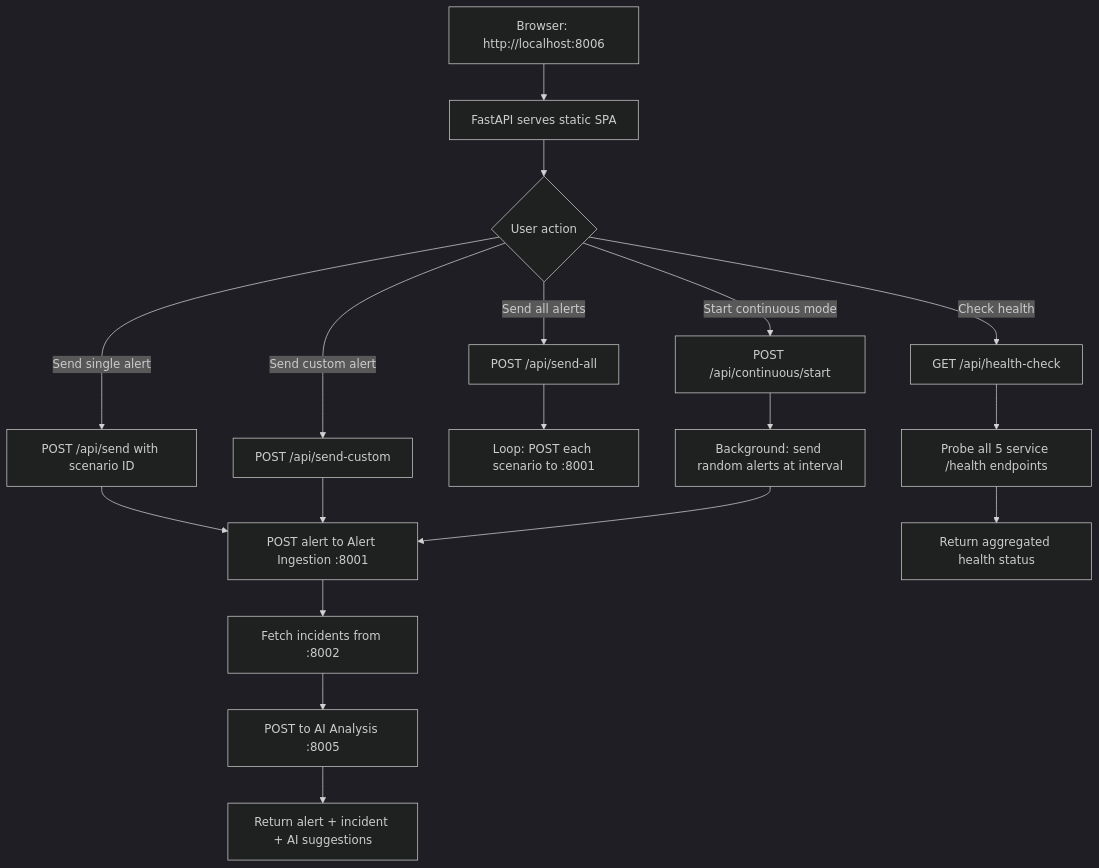
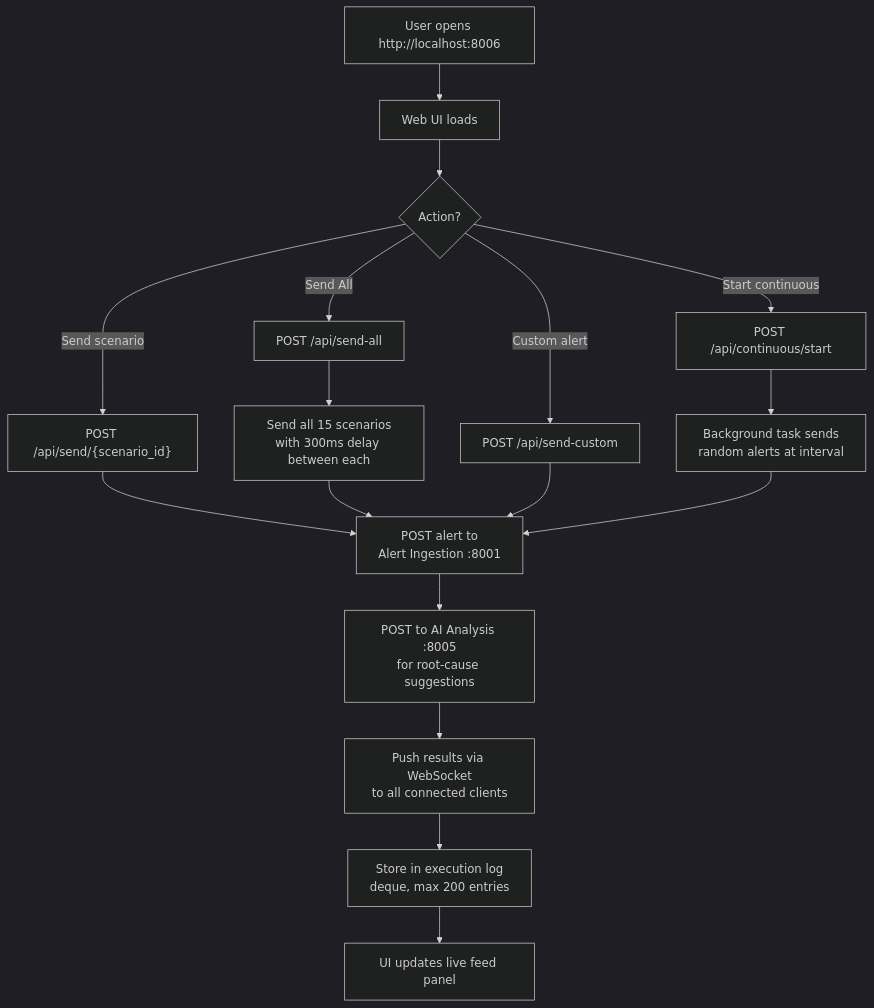
One commit to moboulan/openCode14 changed the diagram in docs/test-runner.md. Above: the diagram before and after it, drawn with Mermaid (dark theme). The commit also changed other lines of this file and 22 other files, not shown here.

````diff
--- a/docs/test-runner.md
+++ b/docs/test-runner.md
@@ -7,24 +7,21 @@
 ```mermaid
 flowchart TD
-    A["Browser: http://localhost:8006"] --> B[FastAPI serves static SPA]
-    B --> C{User action}
-    C -- "Send single alert" --> D[POST /api/send with scenario ID]
-    C -- "Send all alerts" --> E[POST /api/send-all]
-    C -- "Send custom alert" --> F[POST /api/send-custom]
-    C -- "Start continuous mode" --> G[POST /api/continuous/start]
-    C -- "Check health" --> H[GET /api/health-check]
+    A["User opens http://localhost:8006"] --> B[Web UI loads]
+    B --> C{Action?}
+    C -- "Send scenario" --> D["POST /api/send/{scenario_id}"]
+    C -- "Send All" --> E[POST /api/send-all]
+    C -- "Custom alert" --> F[POST /api/send-custom]
+    C -- "Start continuous" --> G[POST /api/continuous/start]
 
-    D --> I[POST alert to Alert Ingestion :8001]
-    E --> J[Loop: POST each scenario to :8001]
-    F --> I
+    D --> H[POST alert to<br>Alert Ingestion :8001]
+    E --> I[Send all 15 scenarios<br>with 300ms delay between each]
+    I --> H
+    F --> H
+    G --> J[Background task sends<br>random alerts at interval]
+    J --> H
 
-    I --> K[Fetch incidents from :8002]
-    K --> L[POST to AI Analysis :8005]
-    L --> M[Return alert + incident + AI suggestions]
-
-    G --> N[Background: send random alerts at interval]
-    N --> I
-
-    H --> O[Probe all 5 service /health endpoints]
-    O --> P[Return aggregated health status]
+    H --> K[POST to AI Analysis :8005<br>for root-cause suggestions]
+    K --> L[Push results via WebSocket<br>to all connected clients]
+    L --> M[Store in execution log<br>deque, max 200 entries]
+    M --> N[UI updates live feed panel]
 ```
````
